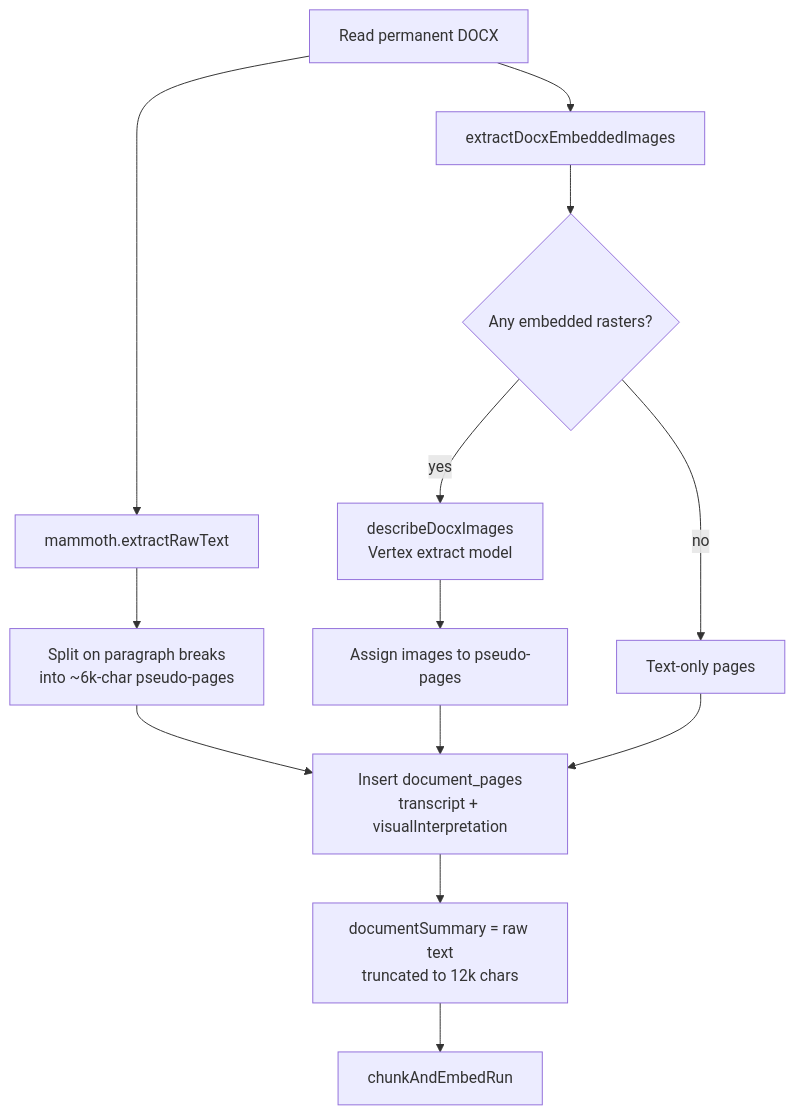
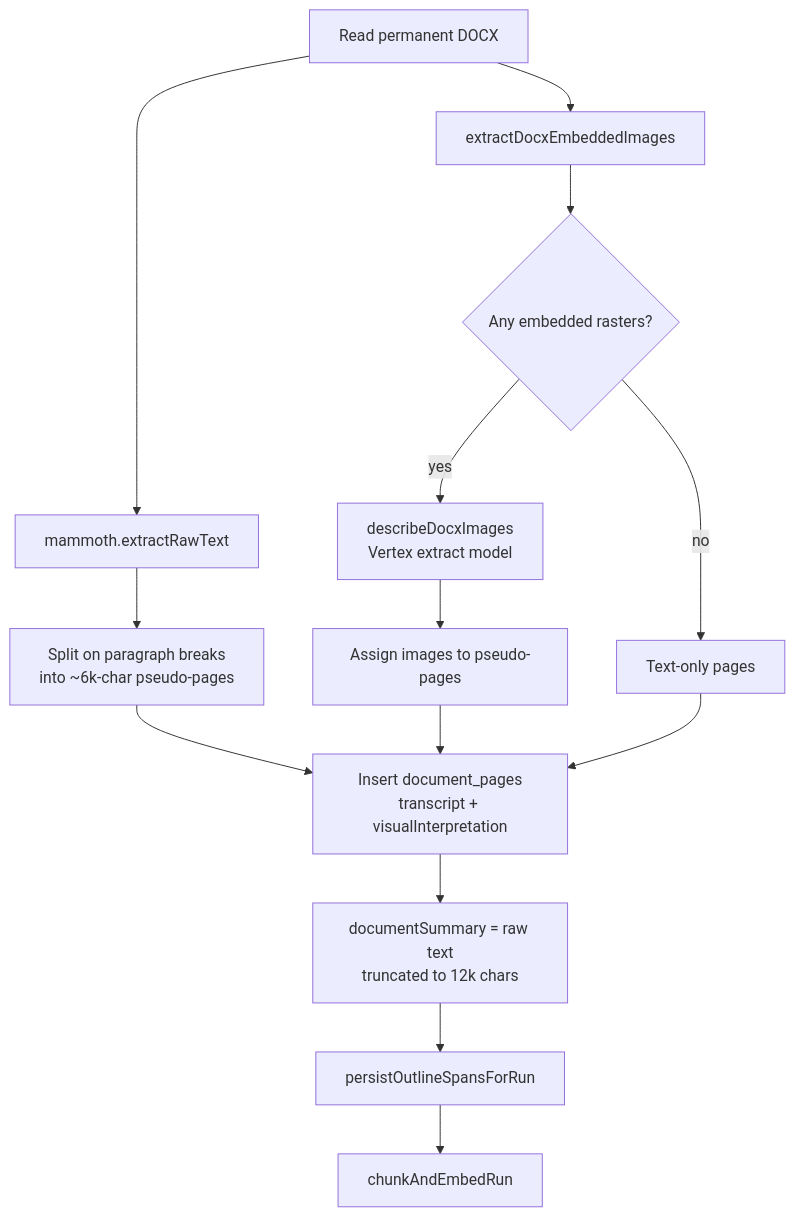
One commit to sachin-aag/andrei changed the fifth of 7 diagrams in docs/document-ingest-pipeline.md. Above: the diagram before and after it, drawn with Mermaid. The commit also changed other lines of this file and 47 other files, not shown here.

````diff
--- a/docs/document-ingest-pipeline.md
+++ b/docs/document-ingest-pipeline.md
@@ -127,15 +128,16 @@
 ```mermaid
 flowchart TD
   A["Read permanent DOCX"] --> B["mammoth.extractRawText"]
   B --> C["Split on paragraph breaks<br/>into ~6k-char pseudo-pages"]
   A --> D["extractDocxEmbeddedImages"]
   D --> E{"Any embedded rasters?"}
   E -->|yes| F["describeDocxImages<br/>Vertex extract model"]
   F --> G["Assign images to pseudo-pages"]
   E -->|no| H["Text-only pages"]
   C --> I["Insert document_pages<br/>transcript + visualInterpretation"]
   G --> I
   H --> I
   I --> J["documentSummary = raw text<br/>truncated to 12k chars"]
-  J --> K["chunkAndEmbedRun"]
+  J --> K["persistOutlineSpansForRun"]
+  K --> L["chunkAndEmbedRun"]
 ```
````
